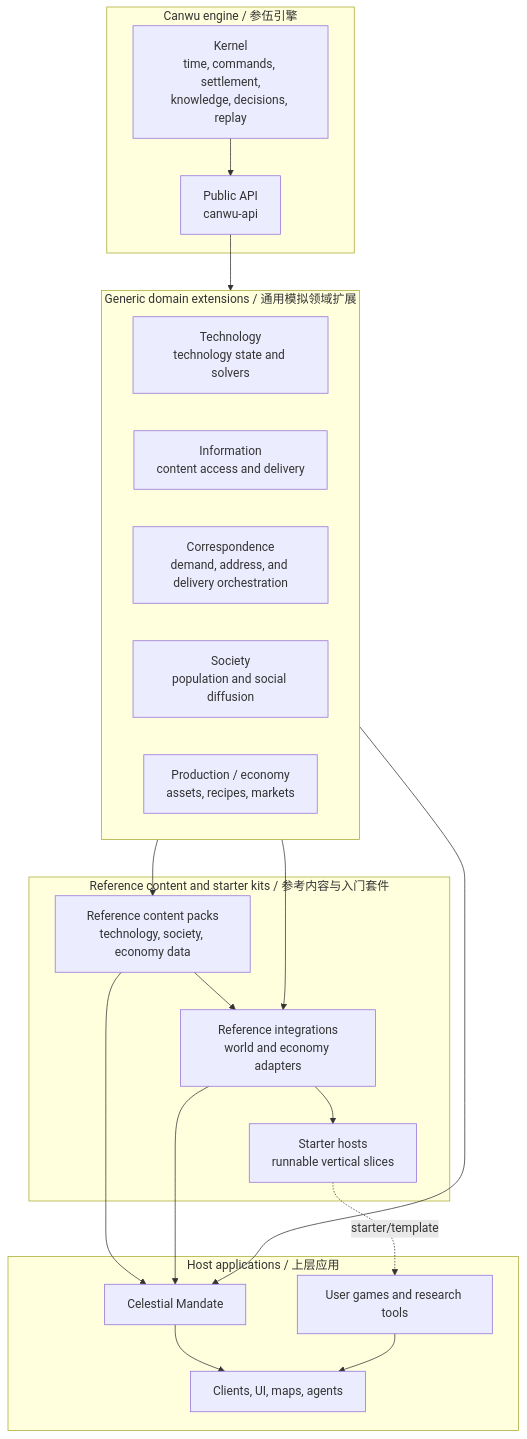
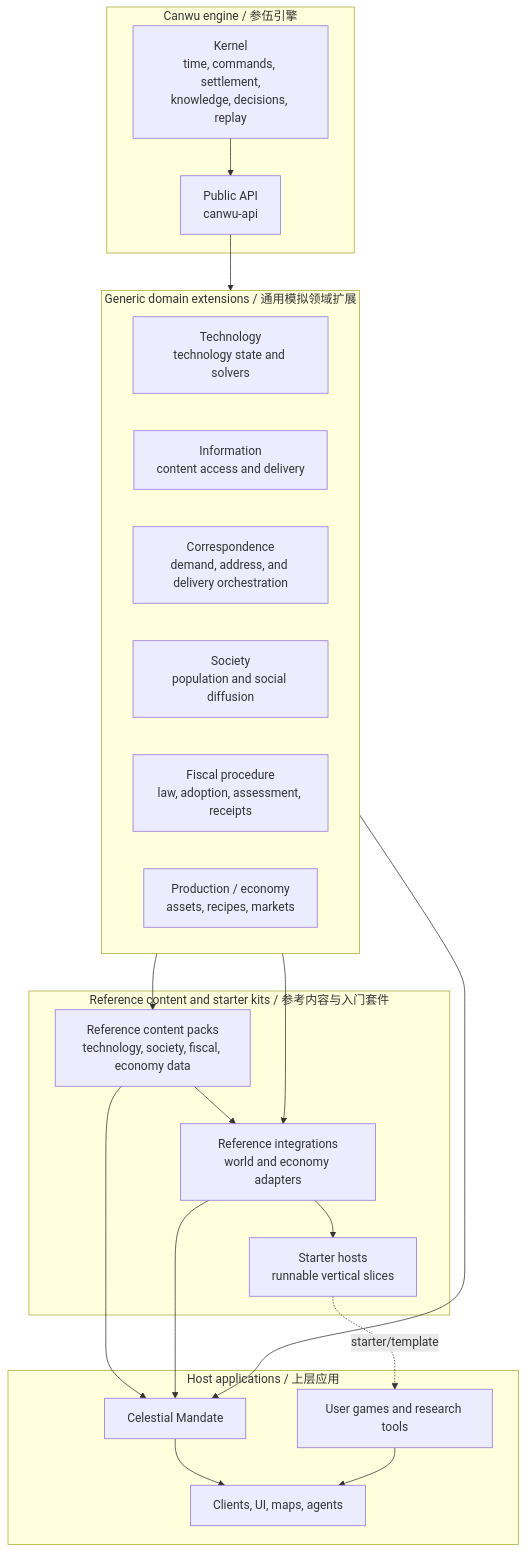
Before and after one commit to PeiyuanQi/canwu: the fourth of 6 diagrams in docs/architecture.md, drawn with Mermaid. The commit also changed other lines of this file and 52 other files, not shown here.

Commit message:
feat: add Ming fiscal reference package

````diff
--- a/docs/architecture.md
+++ b/docs/architecture.md
@@ -224,40 +234,41 @@
 ```mermaid
 flowchart TB
     subgraph Engine["Canwu engine / 参伍引擎"]
         Core["Kernel<br/>time, commands, settlement,<br/>knowledge, decisions, replay"]
         Api["Public API<br/>canwu-api"]
         Core --> Api
     end
 
     subgraph Domains["Generic domain extensions / 通用模拟领域扩展"]
         Tech["Technology<br/>technology state and solvers"]
         Info["Information<br/>content access and delivery"]
         Correspondence["Correspondence<br/>demand, address, and delivery orchestration"]
         Society["Society<br/>population and social diffusion"]
+        Fiscal["Fiscal procedure<br/>law, adoption, assessment, receipts"]
         Production["Production / economy<br/>assets, recipes, markets"]
     end
 
     subgraph Kits["Reference content and starter kits / 参考内容与入门套件"]
-        Packs["Reference content packs<br/>technology, society, economy data"]
+        Packs["Reference content packs<br/>technology, society, fiscal, economy data"]
         Integrations["Reference integrations<br/>world and economy adapters"]
         Starters["Starter hosts<br/>runnable vertical slices"]
         Packs --> Integrations
         Integrations --> Starters
     end
 
     subgraph Apps["Host applications / 上层应用"]
         CM["Celestial Mandate"]
         UserGames["User games and research tools"]
         Clients["Clients, UI, maps, agents"]
         CM --> Clients
         UserGames --> Clients
     end
 
     Api --> Domains
     Domains --> Packs
     Domains --> Integrations
     Starters -. "starter/template" .-> UserGames
     Packs --> CM
     Integrations --> CM
     Domains --> CM
 ```
````
